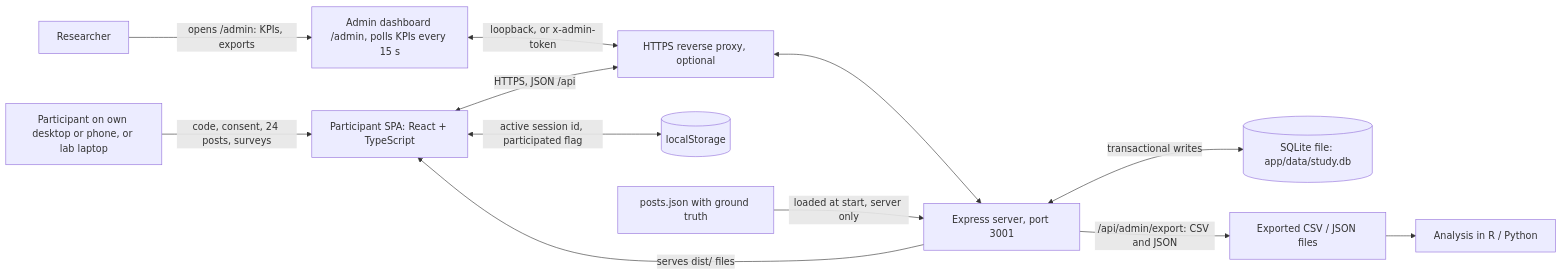
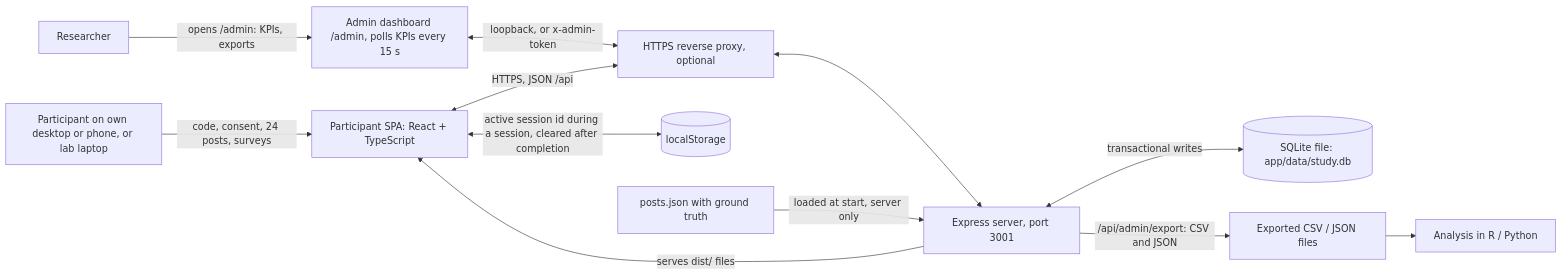
The first of 3 diagrams in docs/architecture.md (bibekgupta3333/HCI), drawn with Mermaid before and after one commit. The commit also changed other lines of this file and 30 other files, not shown here.

````diff
--- a/docs/architecture.md
+++ b/docs/architecture.md
@@ -15,14 +15,14 @@
 ```mermaid
 flowchart LR
     P["Participant on own desktop or phone, or lab laptop"] -->|"code, consent, 24 posts, surveys"| SPA
     R["Researcher"] -->|"opens /admin: KPIs, exports"| ADM
     SPA["Participant SPA: React + TypeScript"] <-->|"HTTPS, JSON /api"| PX["HTTPS reverse proxy, optional"]
     ADM["Admin dashboard /admin, polls KPIs every 15 s"] <-->|"loopback, or x-admin-token"| PX
     PX <--> SRV["Express server, port 3001"]
     SRV -->|"serves dist/ files"| SPA
-    SPA <-->|"active session id, participated flag"| LS[("localStorage")]
+    SPA <-->|"active session id during a session, cleared after completion"| LS[("localStorage")]
     SRV <-->|"transactional writes"| DB[("SQLite file: app/data/study.db")]
     PB["posts.json with ground truth"] -->|"loaded at start, server only"| SRV
     SRV -->|"/api/admin/export: CSV and JSON"| EX["Exported CSV / JSON files"]
     EX --> AN["Analysis in R / Python"]
 ```
````
